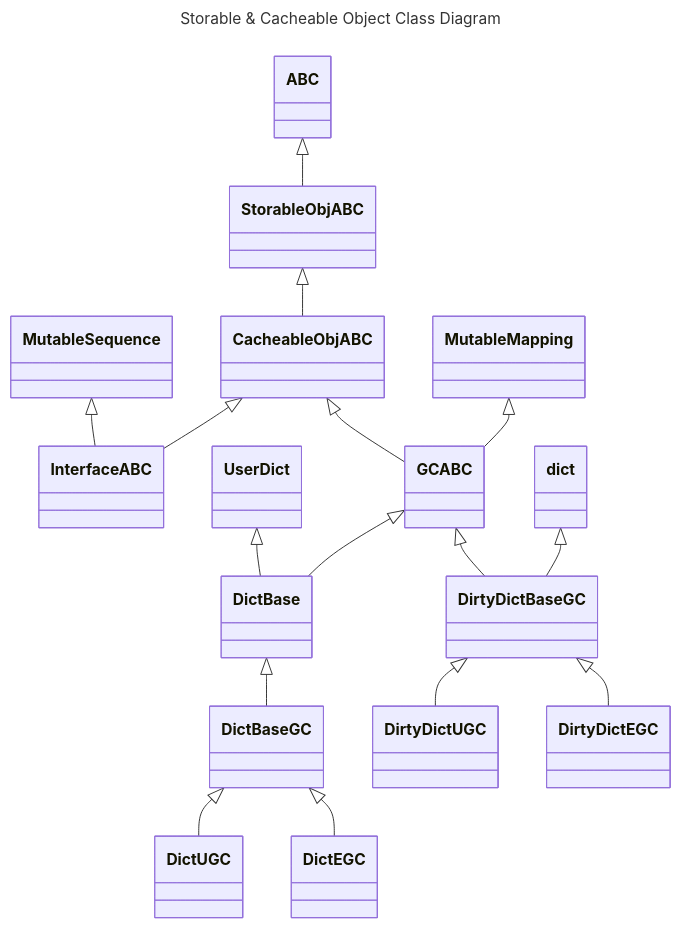
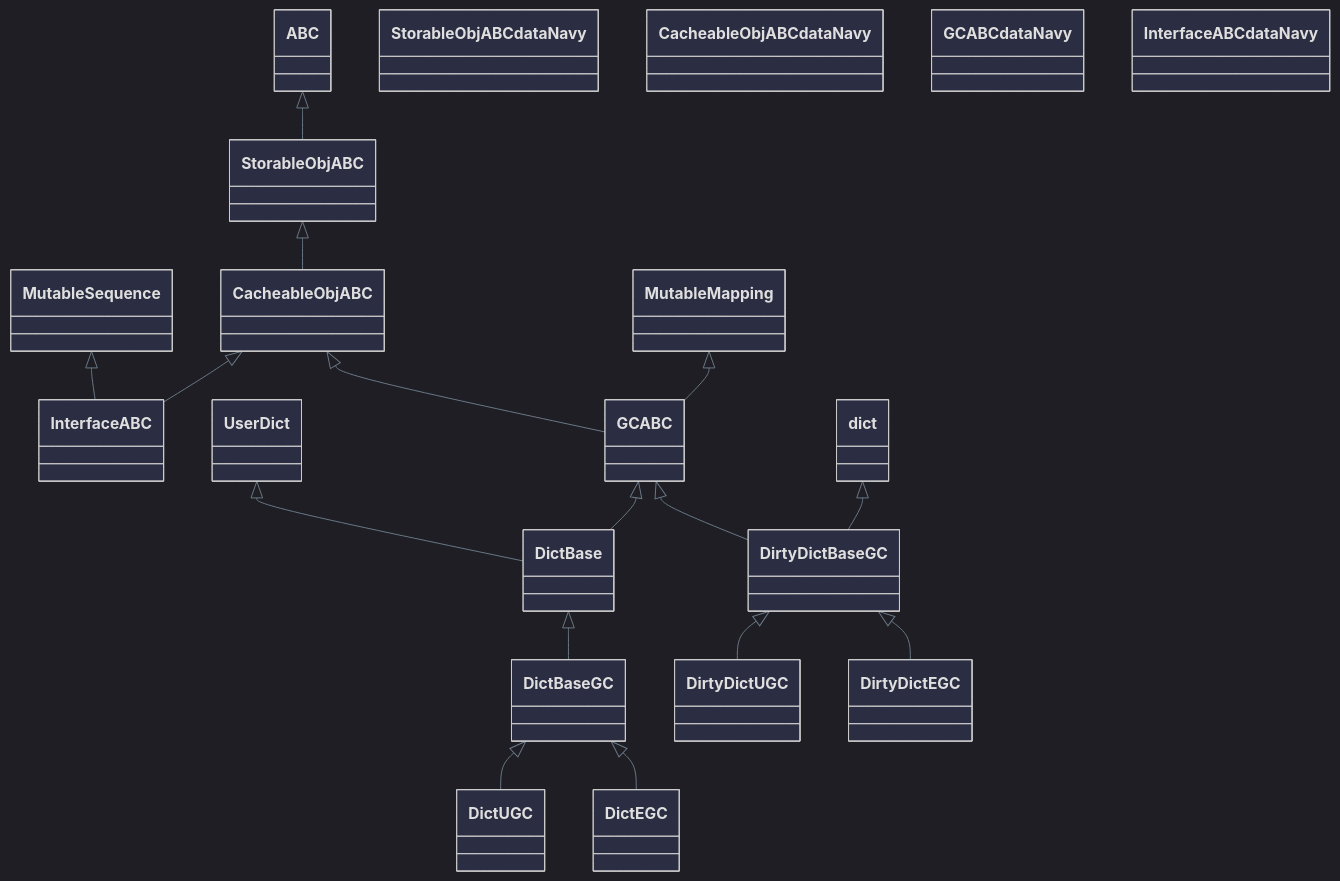
Before and after one commit to Shapedsundew9/erasmus-gp: the fourth of 5 diagrams in docs/components/storage/stores.md, drawn with Mermaid. The commit also changed other lines of this file and 21 other files, not shown here.

First line of the commit message:
Enhance Mermaid Diagrams and Color Consistency Across Documentation

````diff
--- a/docs/components/storage/stores.md
+++ b/docs/components/storage/stores.md
@@ -90,21 +114,28 @@
 ```mermaid
----
-title: Storable & Cacheable Object Class Diagram
----
+%%{init: { 'theme': 'dark', 'themeVariables': { 'lineColor': '#6c7a89', 'textColor': '#edf2f4', 'mainBkg': '#2b2d42', 'primaryBorderColor': '#4a4e69' }}}%%
 classDiagram
+    %% Base/Default (Dark Slate)
+    classDef default fill:#2b2d42,stroke:#4a4e69,stroke-width:2px,color:#edf2f4
+    classDef dataNavy fill:#2c3e50,stroke:#4a5c6e,stroke-width:2px,color:#ffffff
+
     ABC <|-- StorableObjABC
     StorableObjABC <|-- CacheableObjABC
     MutableSequence <|-- InterfaceABC
     CacheableObjABC <|-- InterfaceABC
     CacheableObjABC <|-- GCABC
     MutableMapping <|-- GCABC
     GCABC <|-- DirtyDictBaseGC
     dict <|--  DirtyDictBaseGC
     UserDict <|-- DictBase
     GCABC <|-- DictBase
     DictBase <|-- DictBaseGC
     DirtyDictBaseGC <|-- DirtyDictUGC
     DictBaseGC <|-- DictUGC
     DirtyDictBaseGC <|-- DirtyDictEGC
     DictBaseGC <|-- DictEGC
+
+    class StorableObjABC dataNavy
+    class CacheableObjABC dataNavy
+    class GCABC dataNavy
+    class InterfaceABC dataNavy
 ```
````
